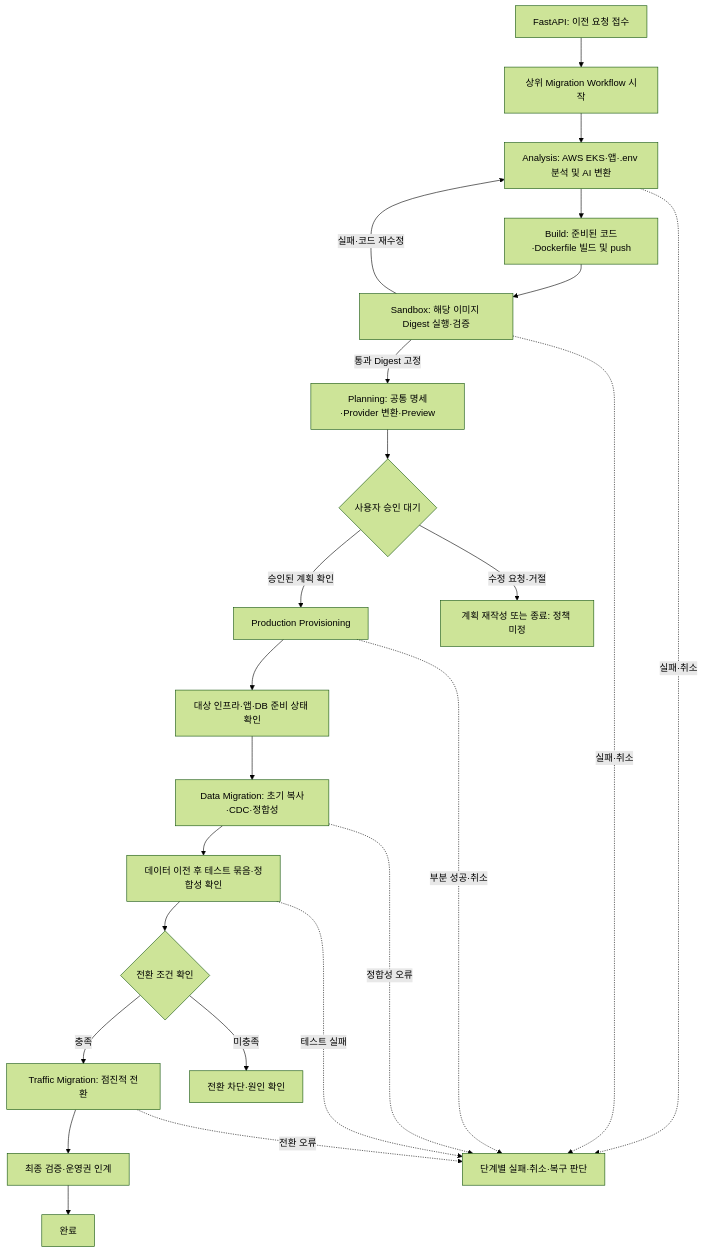
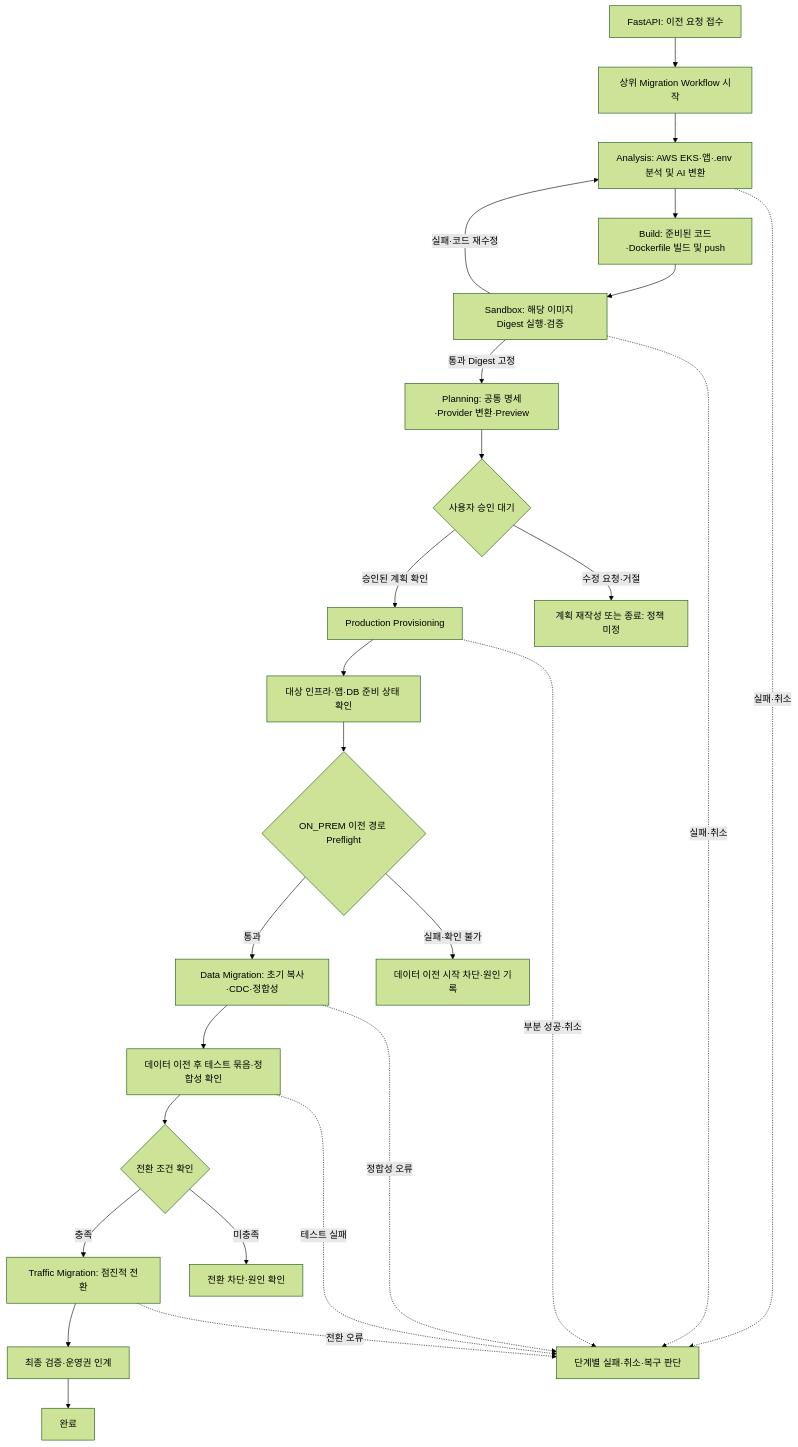
The diagram in docs/architecture/temporal-flow.md (SoftBank-Hackathon-2026-Team-Jackal/cloud-migration-platform), drawn with Mermaid (forest theme) before and after one commit. The commit also changed other lines of this file and 7 other files, not shown here.

Commit message:
docs: 온프레미스 데이터 경로 Preflight 명세와 티켓 추가 (#51)

````diff
--- a/docs/architecture/temporal-flow.md
+++ b/docs/architecture/temporal-flow.md
@@ -34,26 +34,28 @@
 ```mermaid
 flowchart TD
     A[FastAPI: 이전 요청 접수] --> B[상위 Migration Workflow 시작]
     B --> C[Analysis: AWS EKS·앱·.env 분석 및 AI 변환]
     C --> E[Build: 준비된 코드·Dockerfile 빌드 및 push]
     E --> D[Sandbox: 해당 이미지 Digest 실행·검증]
     D -->|실패·코드 재수정| C
     D -->|통과 Digest 고정| F[Planning: 공통 명세·Provider 변환·Preview]
     F --> G{사용자 승인 대기}
     G -->|승인된 계획 확인| H[Production Provisioning]
     G -->|수정 요청·거절| X[계획 재작성 또는 종료: 정책 미정]
     H --> I[대상 인프라·앱·DB 준비 상태 확인]
-    I --> J[Data Migration: 초기 복사·CDC·정합성]
+    I --> P{ON_PREM 이전 경로 Preflight}
+    P -->|통과| J[Data Migration: 초기 복사·CDC·정합성]
+    P -->|실패·확인 불가| Q[데이터 이전 시작 차단·원인 기록]
     J --> T[데이터 이전 후 테스트 묶음·정합성 확인]
     T --> K{전환 조건 확인}
     K -->|충족| L[Traffic Migration: 점진적 전환]
     K -->|미충족| Y[전환 차단·원인 확인]
     L --> M[최종 검증·운영권 인계]
     M --> N[완료]
     C -. 실패·취소 .-> Z[단계별 실패·취소·복구 판단]
     D -. 실패·취소 .-> Z
     H -. 부분 성공·취소 .-> Z
     J -. 정합성 오류 .-> Z
     T -. 테스트 실패 .-> Z
     L -. 전환 오류 .-> Z
 ```
````
